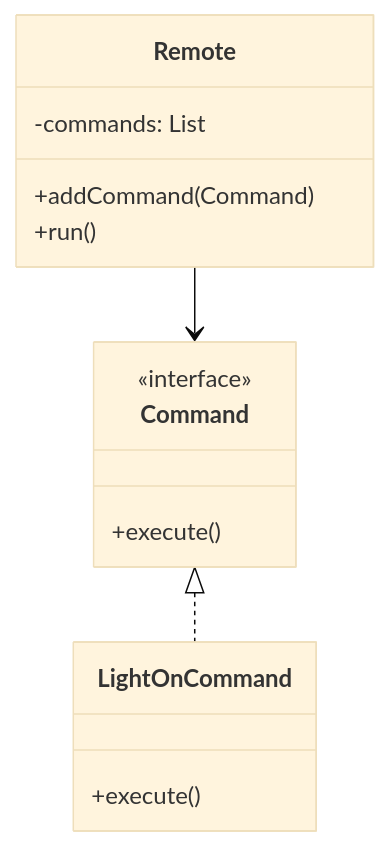
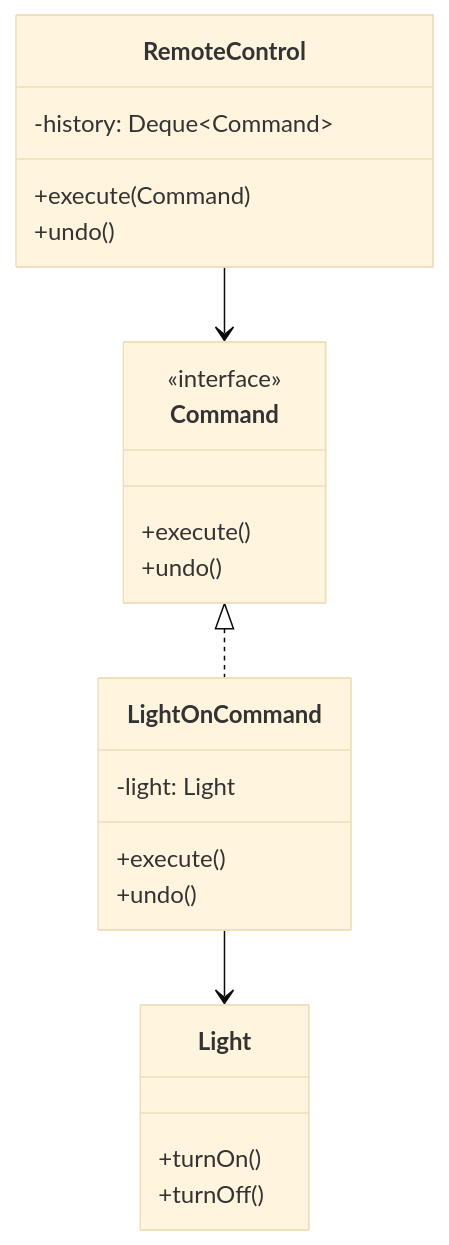
Diagram 14 of 23 in content/english/blog/system_design/core_design_patterns.md (welldesignedsystem/welldesignedsystem.github.io), drawn with Mermaid (base theme) before and after one commit. The commit also changed other lines of this file and 1 other file, not shown here.

````diff
--- a/content/english/blog/system_design/core_design_patterns.md
+++ b/content/english/blog/system_design/core_design_patterns.md
@@ -741,17 +1073,25 @@
 ```mermaid
 classDiagram
     class Command {
         <<interface>>
         +execute()
+        +undo()
     }
     class LightOnCommand {
+        -light: Light
         +execute()
+        +undo()
     }
-    class Remote {
-        -commands: List<Command>
-        +addCommand(Command)
-        +run()
+    class Light {
+        +turnOn()
+        +turnOff()
+    }
+    class RemoteControl {
+        -history: Deque~Command~
+        +execute(Command)
+        +undo()
     }
     Command <|.. LightOnCommand
-    Remote --> Command
+    LightOnCommand --> Light
+    RemoteControl --> Command
 ```
````
